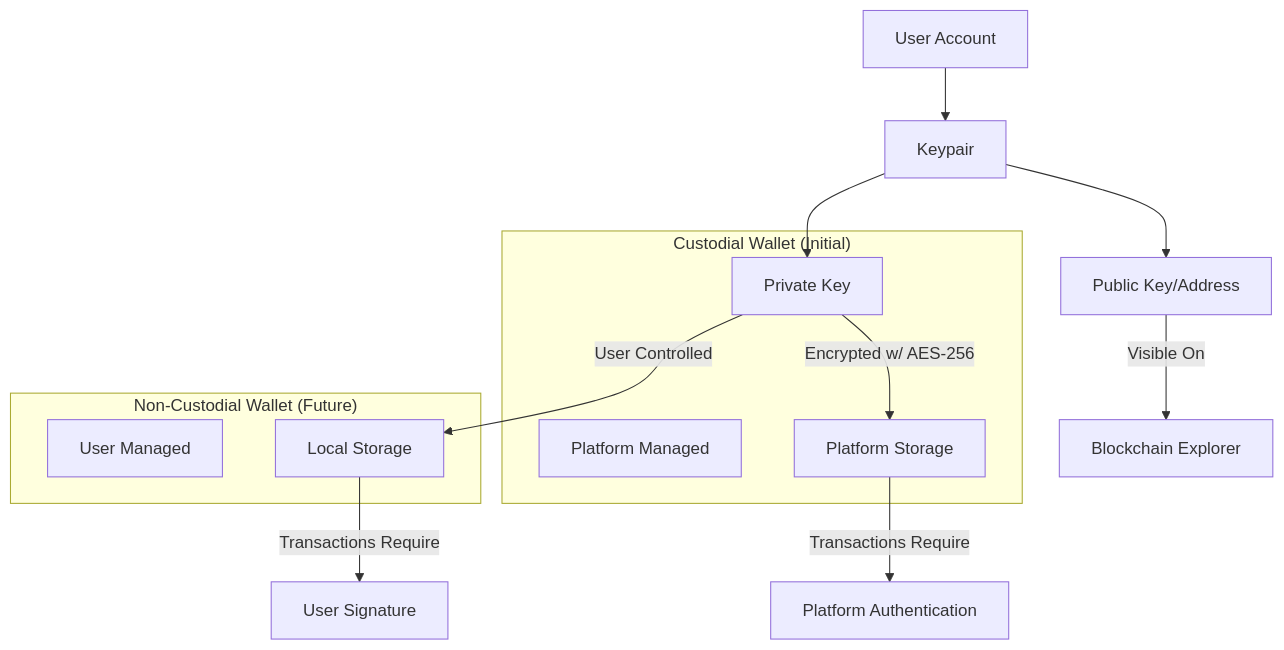
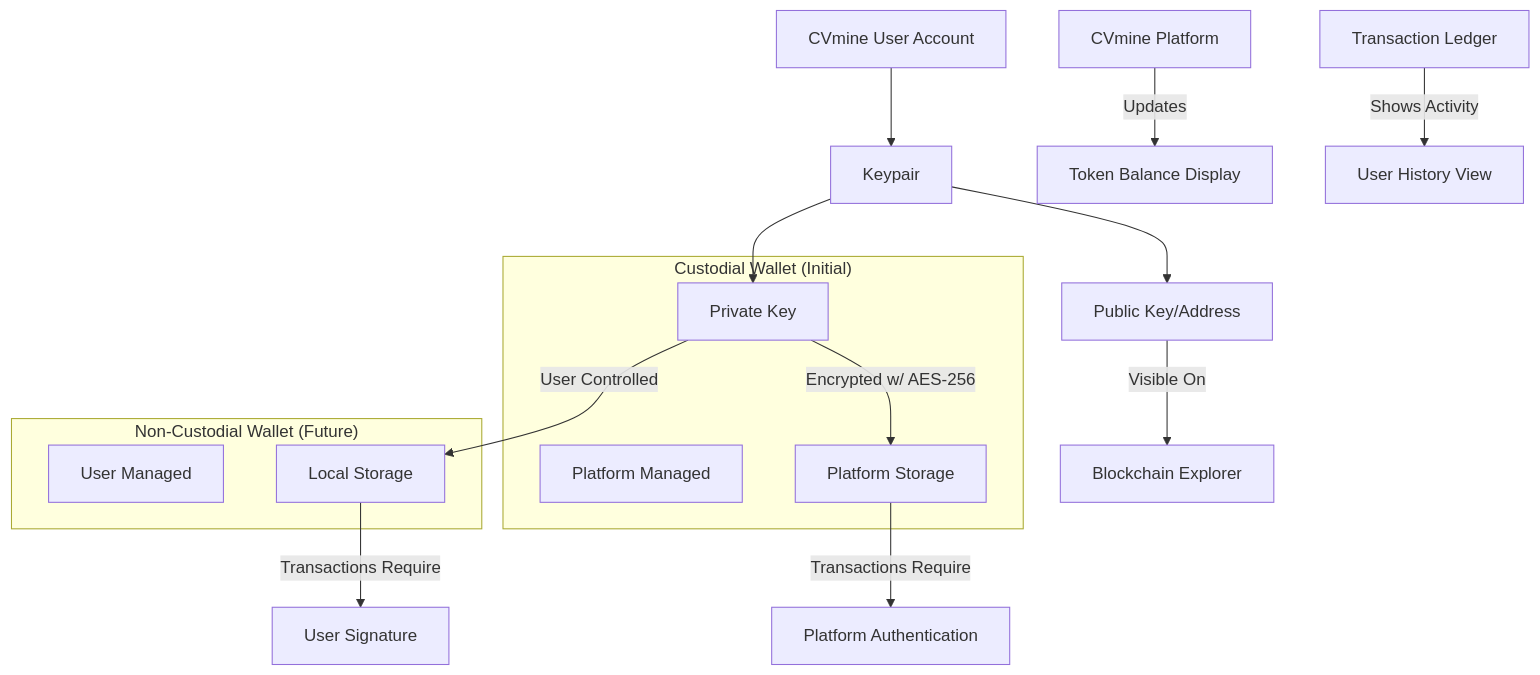
The tenth of 17 diagrams in whitepaper.md (karthikhosur/italtoken), drawn with Mermaid before and after one commit. The commit also changed other lines of this file, not shown here.

````diff
--- a/whitepaper.md
+++ b/whitepaper.md
@@ -374,20 +415,23 @@
 ```mermaid
 graph TD
-    A[User Account] --> B[Keypair]
+    A[CVmine User Account] --> B[Keypair]
     B --> C[Public Key/Address]
     B --> D[Private Key]
     
     subgraph "Custodial Wallet (Initial)"
     E[Platform Managed]
     D -->|Encrypted w/ AES-256| F[Platform Storage]
     end
     
     subgraph "Non-Custodial Wallet (Future)"
     G[User Managed]
     D -->|User Controlled| H[Local Storage]
     end
     
     C -->|Visible On| I[Blockchain Explorer]
     F -->|Transactions Require| J[Platform Authentication]
     H -->|Transactions Require| K[User Signature]
+    
+    L[CVmine Platform] -->|Updates| M[Token Balance Display]
+    N[Transaction Ledger] -->|Shows Activity| O[User History View]
 ```
````
